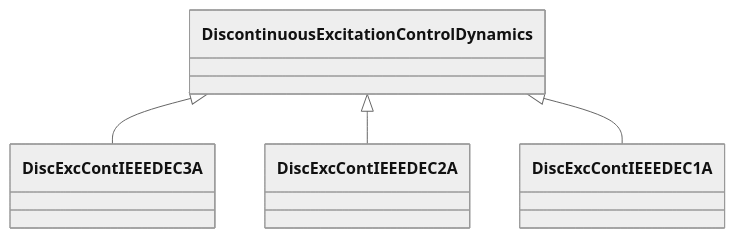
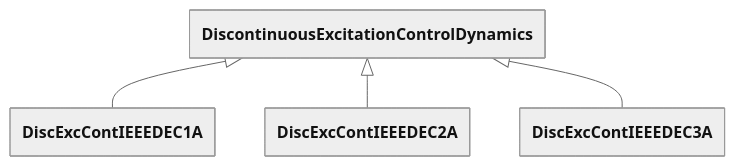
One commit to cim-cgmes/cim-cgmes.github.io changed the diagram in pages/docs/Profiles/Package_DiscontinuousExcitationControlDynamics.md. Above: the diagram before and after it, drawn with Mermaid (neutral theme). The commit also changed 561 other files, not shown here.

````diff
--- a/pages/docs/Profiles/Package_DiscontinuousExcitationControlDynamics.md
+++ b/pages/docs/Profiles/Package_DiscontinuousExcitationControlDynamics.md
@@ -5,6 +5,11 @@
 ```mermaid
+---
+  config:
+    class:
+      hideEmptyMembersBox: true
+---
 classDiagram
+    DiscontinuousExcitationControlDynamics <|-- DiscExcContIEEEDEC1A
+    DiscontinuousExcitationControlDynamics <|-- DiscExcContIEEEDEC2A
     DiscontinuousExcitationControlDynamics <|-- DiscExcContIEEEDEC3A
-    DiscontinuousExcitationControlDynamics <|-- DiscExcContIEEEDEC2A
-    DiscontinuousExcitationControlDynamics <|-- DiscExcContIEEEDEC1A
 ```
````
